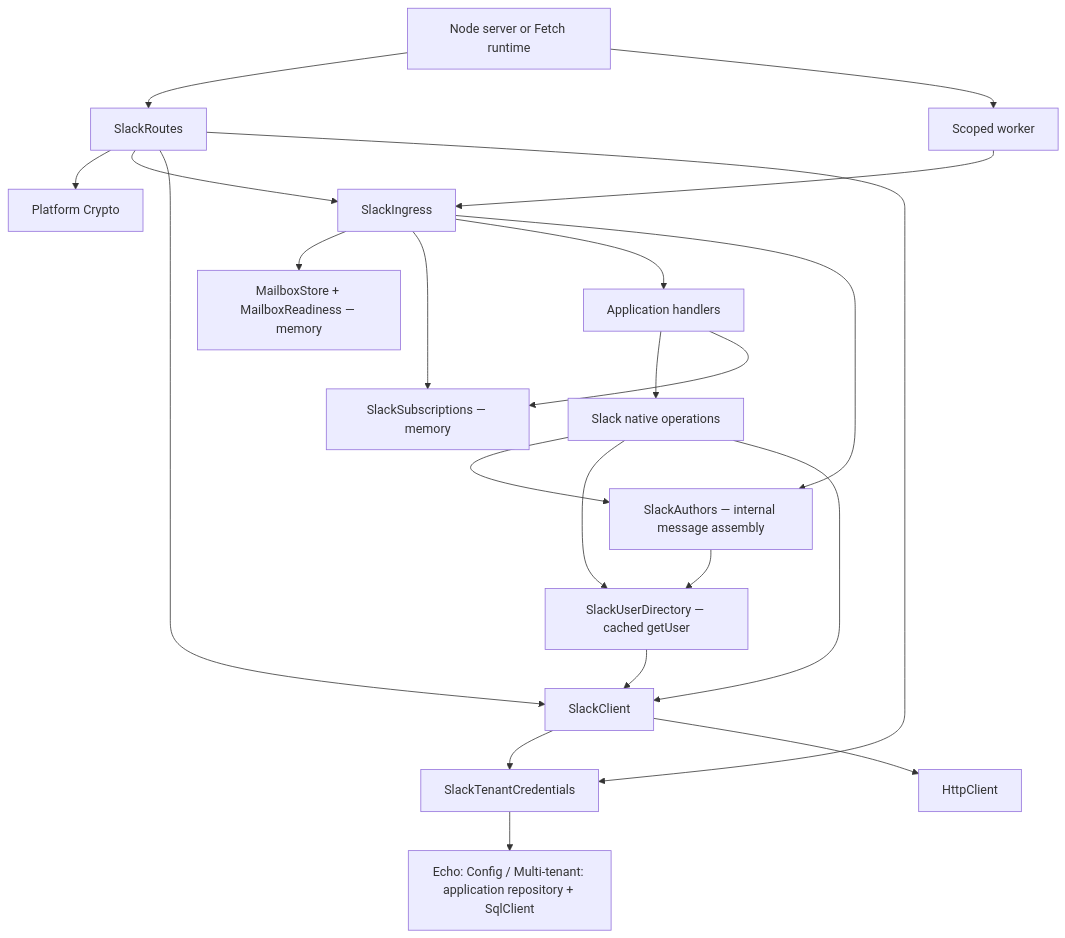
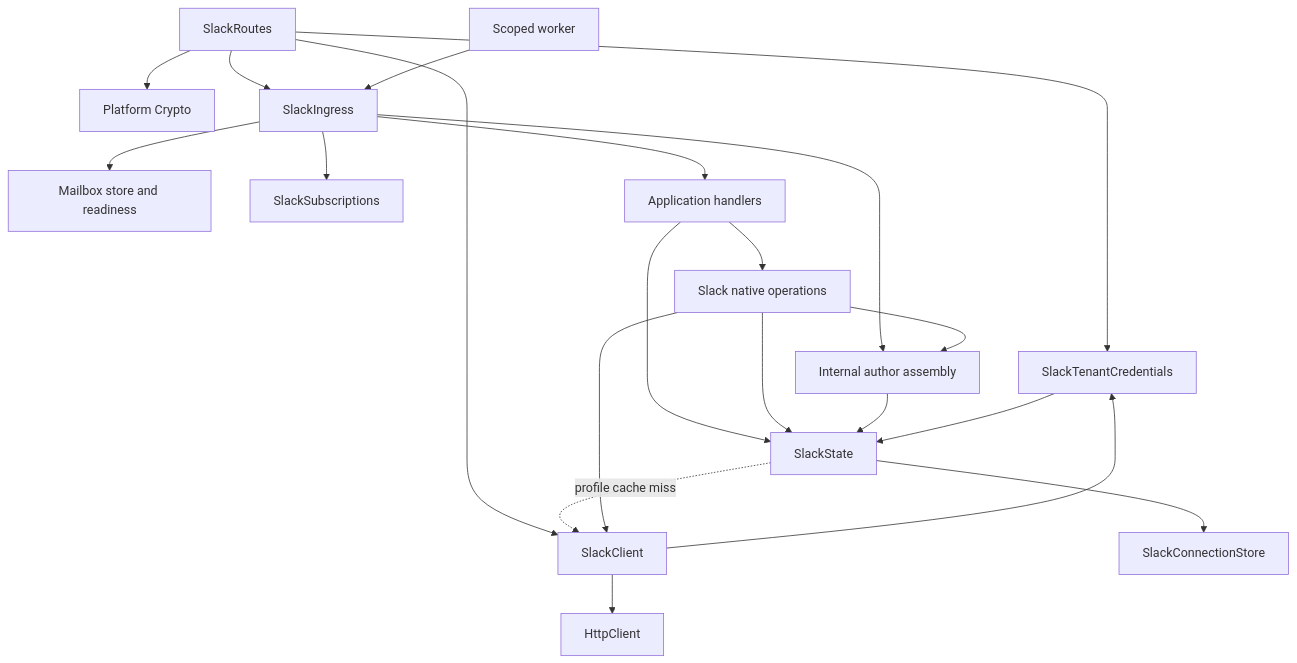
The diagram in packages/slack/README.md (humanlayer/effect-channels), drawn with Mermaid before and after one commit. The commit also changed other lines of this file and 111 other files, not shown here.

First line of the commit message:
feat: add durable delivery and Slack connection storage

````diff
--- a/packages/slack/README.md
+++ b/packages/slack/README.md
@@ -122,24 +171,23 @@
 ```mermaid
 flowchart TD
-  Host["Node server or Fetch runtime"] --> Routes[SlackRoutes]
-  Host --> Worker[Scoped worker]
+  Routes[SlackRoutes] --> Credentials[SlackTenantCredentials]
   Routes --> Crypto[Platform Crypto]
+  Routes --> Client[SlackClient]
   Routes --> Ingress[SlackIngress]
-  Worker --> Ingress
-  Ingress --> Mailboxes["MailboxStore + MailboxReadiness — memory"]
-  Ingress --> Subscriptions["SlackSubscriptions — memory"]
+  Worker[Scoped worker] --> Ingress
+  Ingress --> Delivery[Mailbox store and readiness]
+  Ingress --> Subscriptions[SlackSubscriptions]
   Ingress --> Handlers[Application handlers]
   Handlers --> Slack[Slack native operations]
-  Handlers --> Subscriptions
-  Ingress --> Authors["SlackAuthors — internal message assembly"]
+  Handlers --> State[SlackState]
+  Ingress --> Authors[Internal author assembly]
   Slack --> Authors
-  Authors --> Users["SlackUserDirectory — cached getUser"]
-  Slack --> Users
-  Slack --> Client[SlackClient]
-  Users --> Client
-  Routes --> Client
-  Routes --> Credentials[SlackTenantCredentials]
+  Slack --> State
+  Authors --> State
+  Credentials --> State
+  State --> Connections[SlackConnectionStore]
+  State -. profile cache miss .-> Client
+  Slack --> Client
   Client --> Credentials
   Client --> HTTP[HttpClient]
-  Credentials --> Source["Echo: Config / Multi-tenant: application repository + SqlClient"]
 ```
````
